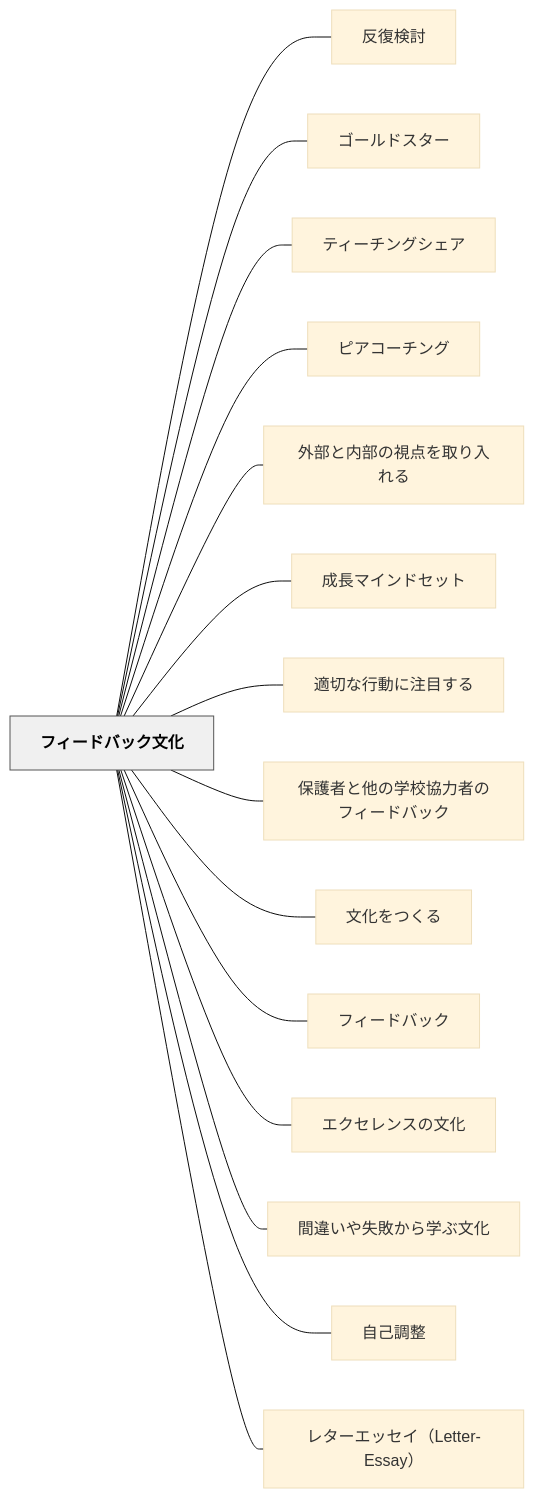
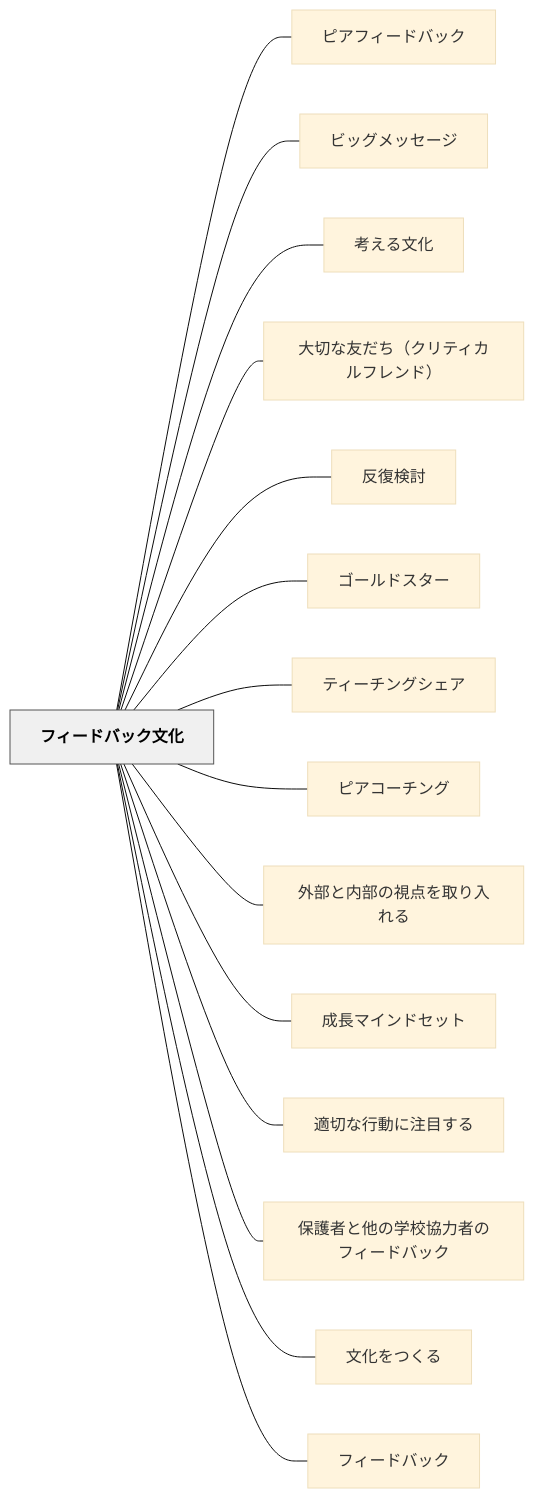
Before and after one commit to unknownthings-ed-patterns/unknownthings-ed-patterns: the diagram in content/パタン/フィードバック文化.md, drawn with Mermaid (base theme). The commit also changed other lines of this file and 100 other files, not shown here.

````diff
--- a/content/パタン/フィードバック文化.md
+++ b/content/パタン/フィードバック文化.md
@@ -66,36 +70,36 @@
 ```mermaid
 flowchart LR
     ne38395e382a3e383bce38389e38390e38383e382afe69687e58c96["フィードバック文化"]
+    ne38394e382a2e38395e382a3e383bce38389e38390e38383e382af["ピアフィードバック"]
+    ne38393e38383e382b0e383a1e38383e382bbe383bce382b8["ビッグメッセージ"]
+    ne88083e38188e3828be69687e58c96["考える文化"]
+    ne5a4a7e58887e381aae58f8be381a0e381a1efbc88e382afe383aae38386e382a3e382abe383abe38395e383ace383b3e38389efbc89["大切な友だち（クリティカルフレンド）"]
     ne58f8de5bea9e6a49ce8a88e["反復検討"]
     ne382b4e383bce383abe38389e382b9e382bfe383bc["ゴールドスター"]
     ne38386e382a3e383bce38381e383b3e382b0e382b7e382a7e382a2["ティーチングシェア"]
     ne38394e382a2e382b3e383bce38381e383b3e382b0["ピアコーチング"]
     ne5a496e983a8e381a8e58685e983a8e381aee8a696e782b9e38292e58f96e3828ae585a5e3828ce3828b["外部と内部の視点を取り入れる"]
     ne68890e995b7e3839ee382a4e383b3e38389e382bbe38383e38388["成長マインドセット"]
     ne981a9e58887e381aae8a18ce58b95e381abe6b3a8e79baee38199e3828b["適切な行動に注目する"]
     ne4bf9de8adb7e88085e381a8e4bb96e381aee5ada6e6a0a1e58d94e58a9be88085e381aee38395e382a3e383bce38389e38390e38383e382af["保護者と他の学校協力者のフィードバック"]
     ne69687e58c96e38292e381a4e3818fe3828b["文化をつくる"]
     ne38395e382a3e383bce38389e38390e38383e382af["フィードバック"]
-    ne382a8e382afe382bbe383ace383b3e382b9e381aee69687e58c96["エクセレンスの文化"]
-    ne99693e98195e38184e38284e5a4b1e69597e3818be38289e5ada6e381b6e69687e58c96["間違いや失敗から学ぶ文化"]
-    ne887aae5b7b1e8aabfe695b4["自己調整"]
-    ne383ace382bfe383bce382a8e38383e382bbe382a4efbc884c65747465722d4573736179efbc89["レターエッセイ（Letter-Essay）"]
 
+    ne38395e382a3e383bce38389e38390e38383e382afe69687e58c96 --- ne38394e382a2e38395e382a3e383bce38389e38390e38383e382af
+    ne38395e382a3e383bce38389e38390e38383e382afe69687e58c96 --- ne38393e38383e382b0e383a1e38383e382bbe383bce382b8
+    ne38395e382a3e383bce38389e38390e38383e382afe69687e58c96 --- ne88083e38188e3828be69687e58c96
+    ne38395e382a3e383bce38389e38390e38383e382afe69687e58c96 --- ne5a4a7e58887e381aae58f8be381a0e381a1efbc88e382afe383aae38386e382a3e382abe383abe38395e383ace383b3e38389efbc89
     ne38395e382a3e383bce38389e38390e38383e382afe69687e58c96 --- ne58f8de5bea9e6a49ce8a88e
     ne38395e382a3e383bce38389e38390e38383e382afe69687e58c96 --- ne382b4e383bce383abe38389e382b9e382bfe383bc
     ne38395e382a3e383bce38389e38390e38383e382afe69687e58c96 --- ne38386e382a3e383bce38381e383b3e382b0e382b7e382a7e382a2
     ne38395e382a3e383bce38389e38390e38383e382afe69687e58c96 --- ne38394e382a2e382b3e383bce38381e383b3e382b0
     ne38395e382a3e383bce38389e38390e38383e382afe69687e58c96 --- ne5a496e983a8e381a8e58685e983a8e381aee8a696e782b9e38292e58f96e3828ae585a5e3828ce3828b
     ne38395e382a3e383bce38389e38390e38383e382afe69687e58c96 --- ne68890e995b7e3839ee382a4e383b3e38389e382bbe38383e38388
     ne38395e382a3e383bce38389e38390e38383e382afe69687e58c96 --- ne981a9e58887e381aae8a18ce58b95e381abe6b3a8e79baee38199e3828b
     ne38395e382a3e383bce38389e38390e38383e382afe69687e58c96 --- ne4bf9de8adb7e88085e381a8e4bb96e381aee5ada6e6a0a1e58d94e58a9be88085e381aee38395e382a3e383bce38389e38390e38383e382af
     ne38395e382a3e383bce38389e38390e38383e382afe69687e58c96 --- ne69687e58c96e38292e381a4e3818fe3828b
     ne38395e382a3e383bce38389e38390e38383e382afe69687e58c96 --- ne38395e382a3e383bce38389e38390e38383e382af
-    ne38395e382a3e383bce38389e38390e38383e382afe69687e58c96 --- ne382a8e382afe382bbe383ace383b3e382b9e381aee69687e58c96
-    ne38395e382a3e383bce38389e38390e38383e382afe69687e58c96 --- ne99693e98195e38184e38284e5a4b1e69597e3818be38289e5ada6e381b6e69687e58c96
-    ne38395e382a3e383bce38389e38390e38383e382afe69687e58c96 --- ne887aae5b7b1e8aabfe695b4
-    ne38395e382a3e383bce38389e38390e38383e382afe69687e58c96 --- ne383ace382bfe383bce382a8e38383e382bbe382a4efbc884c65747465722d4573736179efbc89
 
     classDef hub fill:#f0f0f0,stroke:#555,color:#000,font-weight:bold
     class ne38395e382a3e383bce38389e38390e38383e382afe69687e58c96 hub
 ```
````
